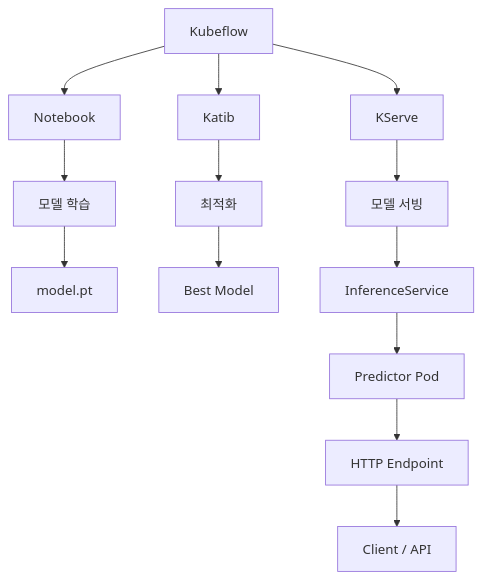
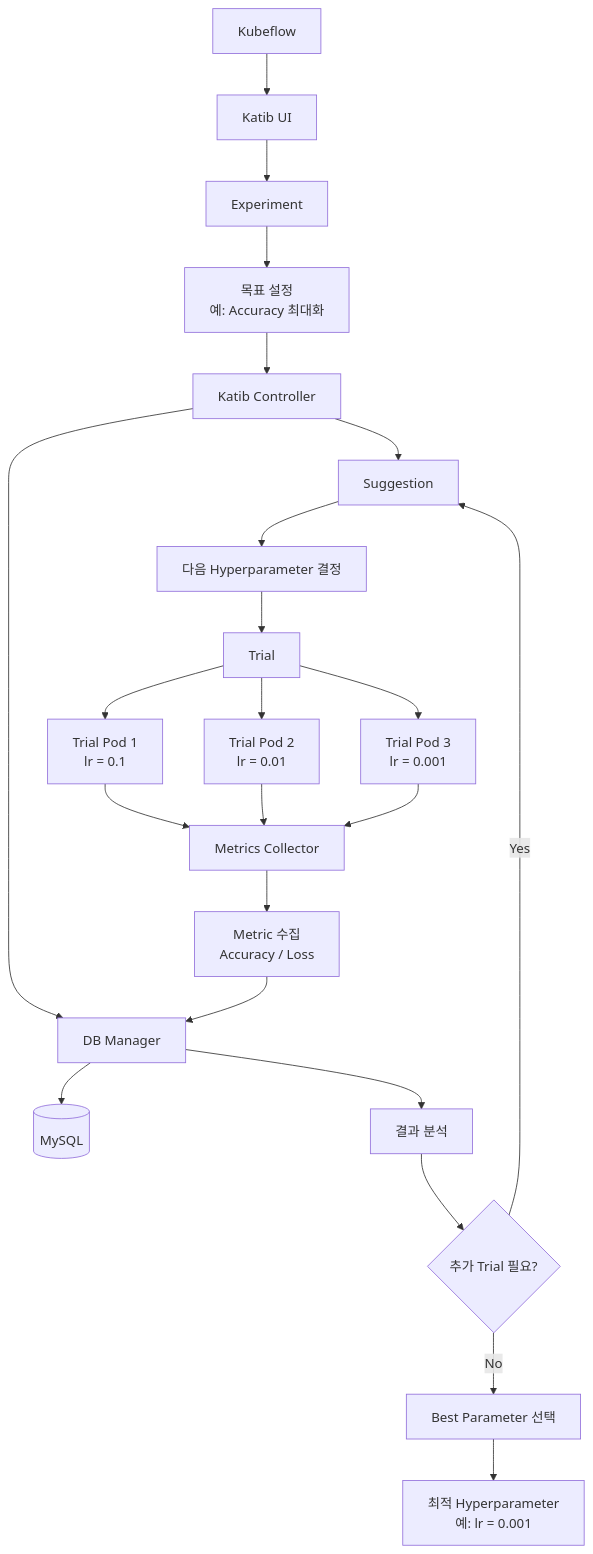
One commit to hwangyoonjae/hwangyoonjae.github.io changed the diagram in _posts/Kubernetes/2026-09-01-[Kubernetes] - Kubeflow Katip Experiments 생성하기.md. Above: the diagram before and after it, drawn with Mermaid. The commit also changed other lines of this file, not shown here.

Commit message:
katib 내용 수정

````diff
--- a/_posts/Kubernetes/2026-09-01-[Kubernetes] - Kubeflow Katip Experiments 생성하기.md
+++ b/_posts/Kubernetes/2026-09-01-[Kubernetes] - Kubeflow Katip Experiments 생성하기.md
@@ -31,20 +31,39 @@
 ```mermaid
 flowchart TD
-    A[Kubeflow]
+    A[Kubeflow] --> B[Katib UI]
+    B --> C[Experiment]
 
-    A --> B[Notebook]
-    A --> C[Katib]
-    A --> D[KServe]
+    C --> D["목표 설정<br/>예: Accuracy 최대화"]
 
-    B --> B1["모델 학습"]
-    B1 --> B2["model.pt"]
+    D --> E[Katib Controller]
 
-    C --> C1["최적화"]
-    C1 --> C2["Best Model"]
+    E --> F[Suggestion]
+    E --> G[DB Manager]
 
-    D --> D1["모델 서빙"]
-    D1 --> D2[InferenceService]
-    D2 --> D3[Predictor Pod]
-    D3 --> D4[HTTP Endpoint]
-    D4 --> D5["Client / API"]
+    G --> H[(MySQL)]
+
+    F --> I["다음 Hyperparameter 결정"]
+
+    I --> J[Trial]
+
+    J --> K1["Trial Pod 1<br/>lr = 0.1"]
+    J --> K2["Trial Pod 2<br/>lr = 0.01"]
+    J --> K3["Trial Pod 3<br/>lr = 0.001"]
+
+    K1 --> L[Metrics Collector]
+    K2 --> L
+    K3 --> L
+
+    L --> M["Metric 수집<br/>Accuracy / Loss"]
+
+    M --> G
+
+    G --> N["결과 분석"]
+
+    N --> O{"추가 Trial 필요?"}
+
+    O -->|Yes| F
+    O -->|No| P["Best Parameter 선택"]
+
+    P --> Q["최적 Hyperparameter<br/>예: lr = 0.001"]
 ```
````
